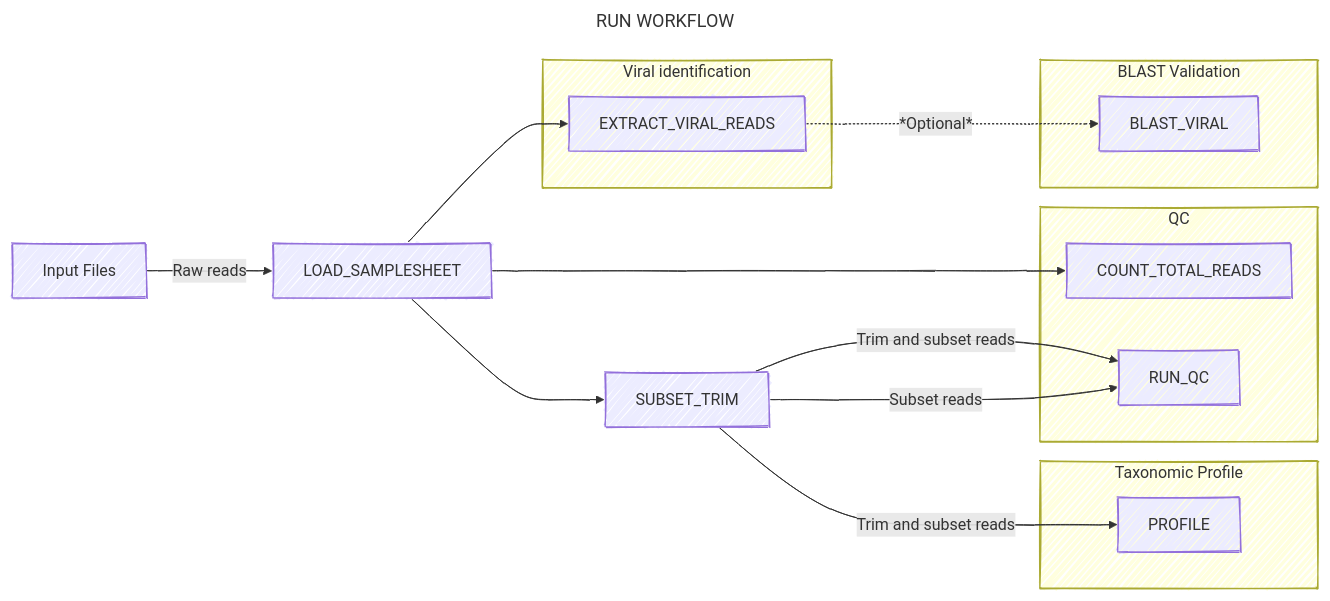
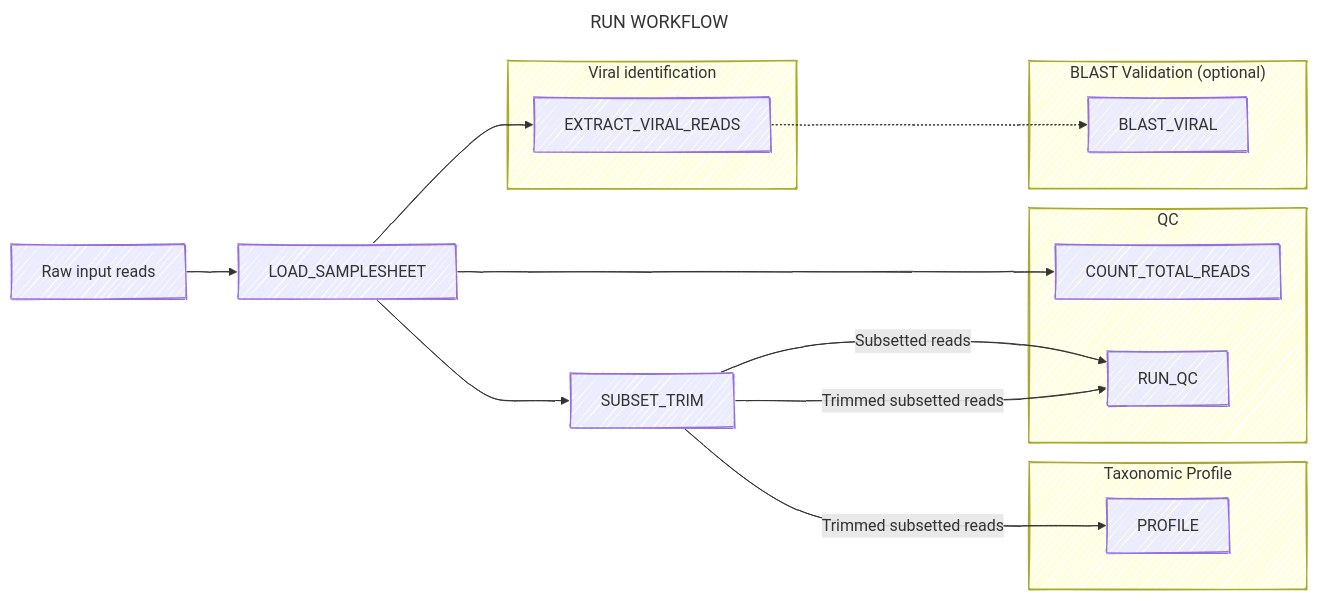
Before and after one commit to naobservatory/mgs-workflow: the first of 8 diagrams in docs/run.md, drawn with Mermaid. The commit also changed other lines of this file, not shown here.

````diff
--- a/docs/run.md
+++ b/docs/run.md
@@ -5,29 +7,29 @@
 ```mermaid
 ---
 title: RUN WORKFLOW
 config:
   layout: horizontal
   look: handDrawn
   theme: default
 ---
 flowchart LR
-A[Input Files] --> |Raw reads|B[LOAD_SAMPLESHEET]
+A[Raw input reads] --> B[LOAD_SAMPLESHEET]
 B --> C[COUNT_TOTAL_READS] & D[EXTRACT_VIRAL_READS] & E[SUBSET_TRIM]
-D -.-> |*Optional*| F[BLAST_VIRAL]
-E --> |Trim and subset reads| G[RUN_QC] & H[PROFILE]
-E --> |Subset reads|G[RUN_QC]
+D -.-> F[BLAST_VIRAL]
+E --> |Subsetted reads|G[RUN_QC]
+E --> |Trimmed subsetted reads| G[RUN_QC] & H[PROFILE]
 %% Adjust layout by placing subgraphs in specific order
 subgraph "Viral identification"
 D
 end
 subgraph "Taxonomic Profile"
 H
 end
 subgraph "QC"
 C
 G
 end
-subgraph "BLAST Validation"
+subgraph "BLAST Validation (optional)"
 F
 end
 ```
````
